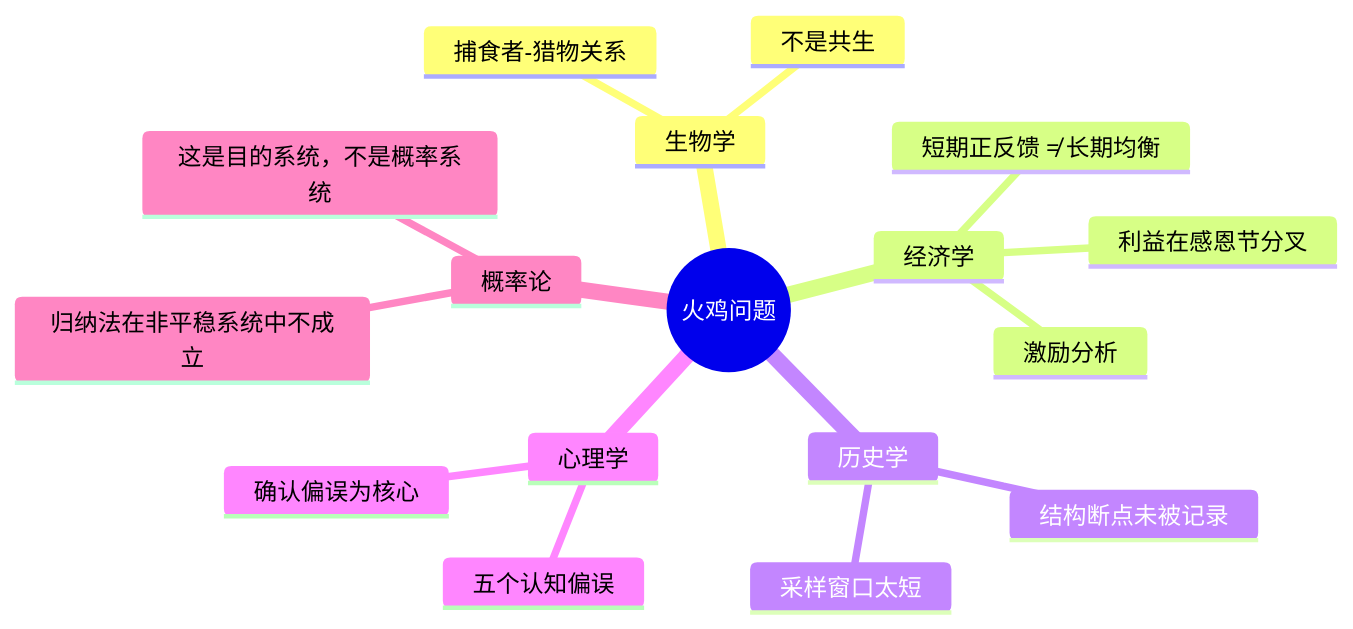
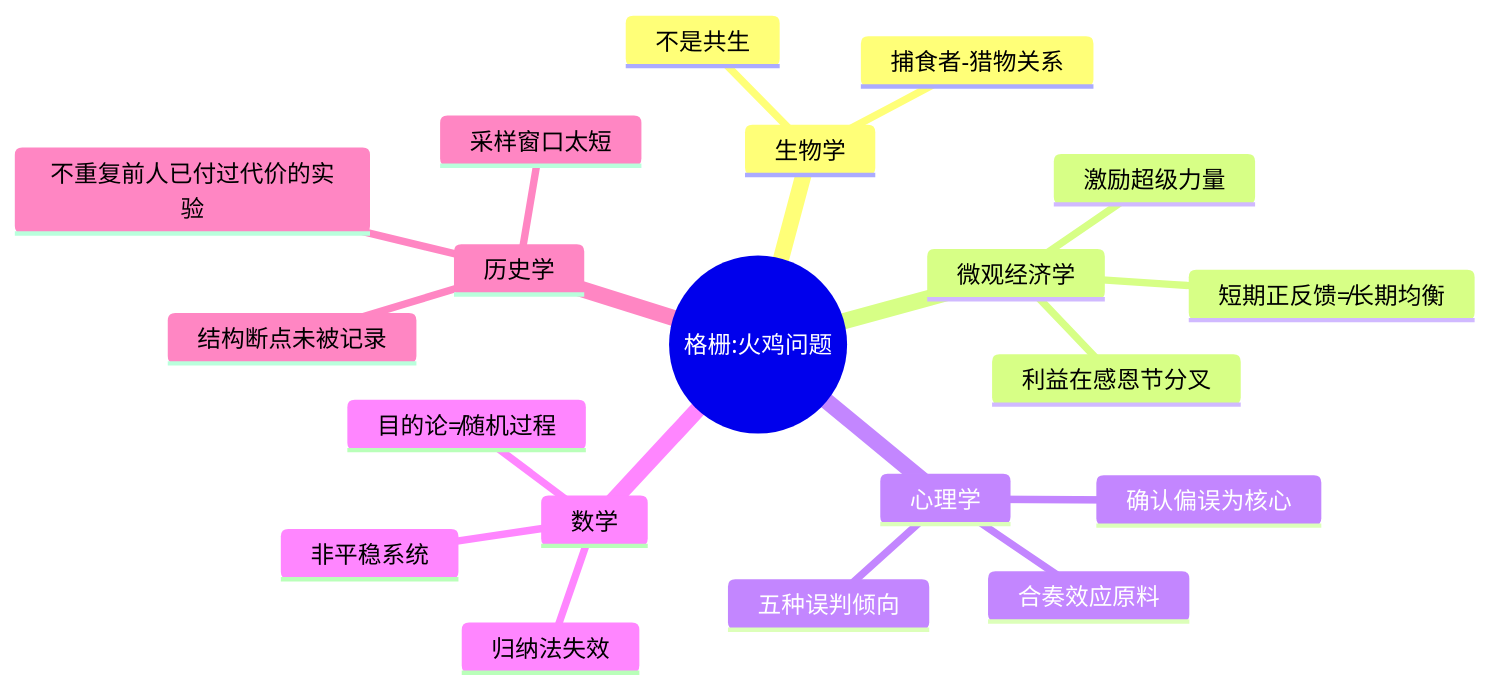
Before and after one commit to pengjizhang/pengjizhang.github.io: the third of 9 diagrams in fire-turkey.md, drawn with Mermaid. The commit also changed other lines of this file, not shown here.

First line of the commit message:
火鸡问题2：用芒格的原话和术语重写五模型章节

````diff
--- a/fire-turkey.md
+++ b/fire-turkey.md
@@ -170,20 +180,23 @@
 ```mermaid
 mindmap
-  root((火鸡问题))
+  root((格栅:火鸡问题))
     生物学
       捕食者-猎物关系
       不是共生
-    经济学
-      激励分析
-      短期正反馈 ≠ 长期均衡
+    微观经济学
+      激励超级力量
+      短期正反馈≠长期均衡
       利益在感恩节分叉
+    心理学
+      五种误判倾向
+      确认偏误为核心
+      合奏效应原料
+    数学
+      非平稳系统
+      归纳法失效
+      目的论≠随机过程
     历史学
       采样窗口太短
       结构断点未被记录
-    心理学
-      五个认知偏误
-      确认偏误为核心
-    概率论
-      归纳法在非平稳系统中不成立
-      这是目的系统，不是概率系统
+      不重复前人已付过代价的实验
 ```
````
